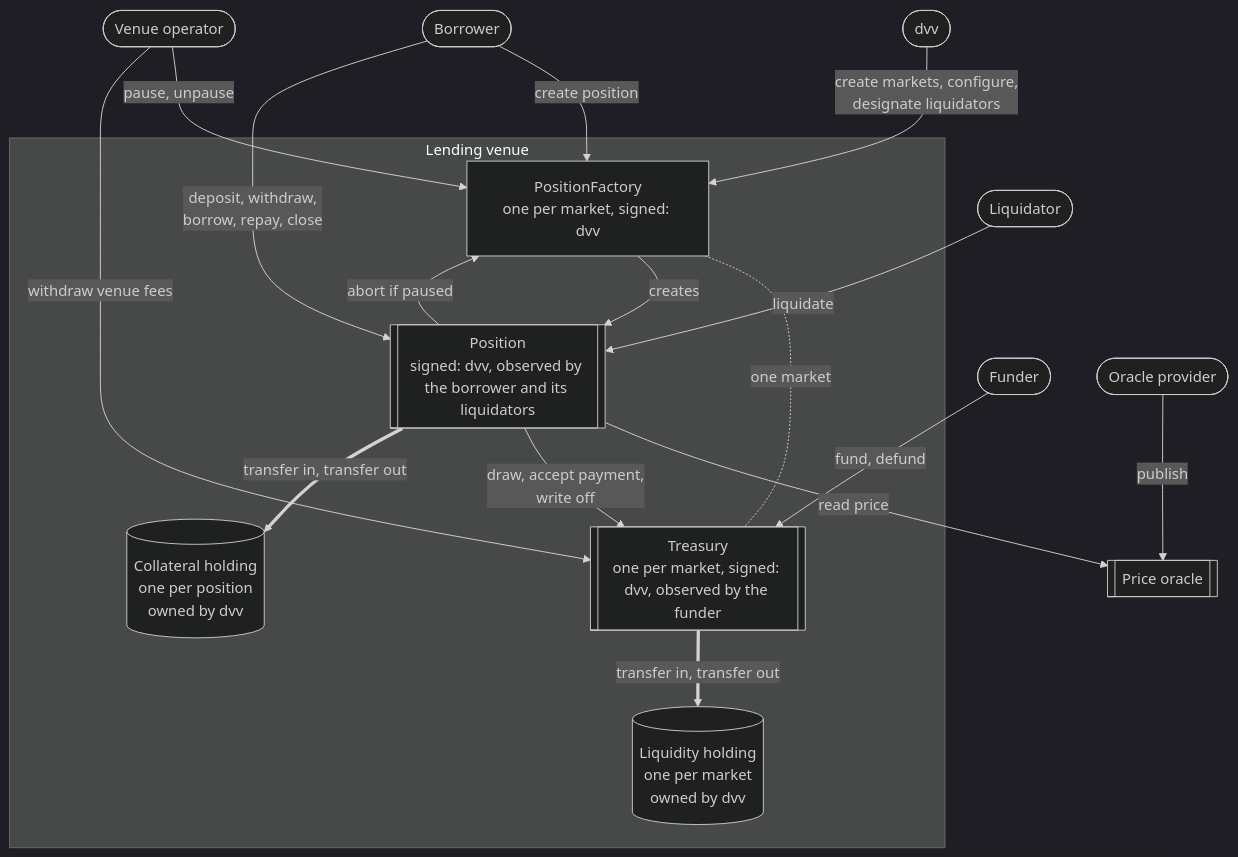
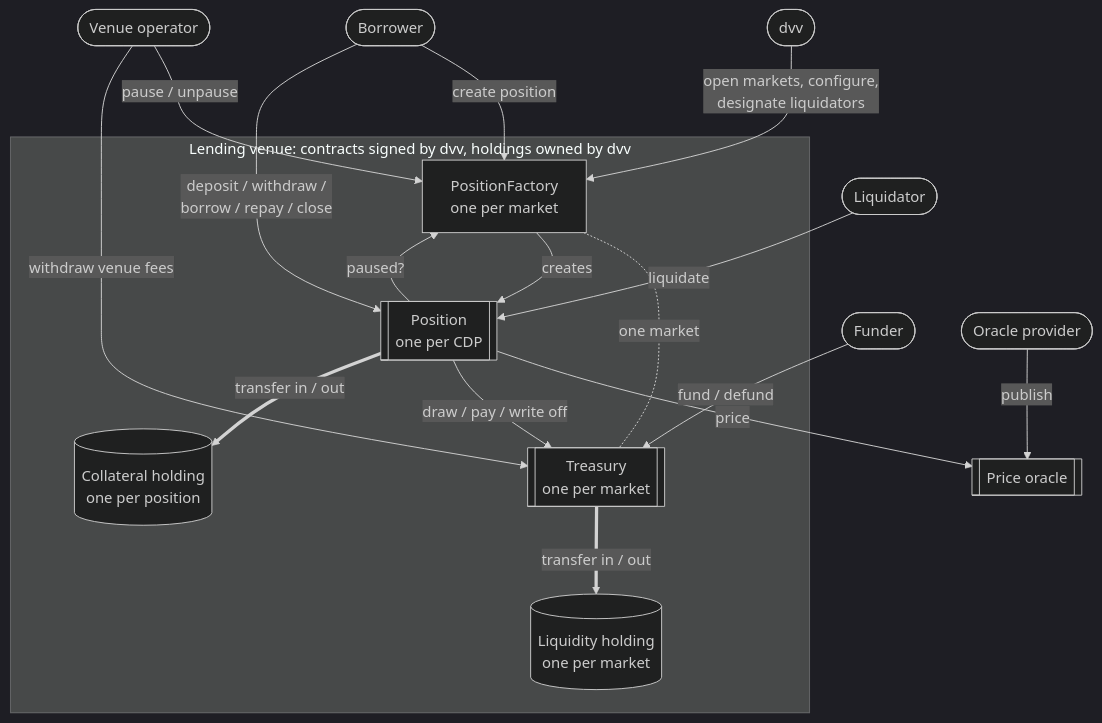
One commit to OpenZeppelin/canton-specs changed the first of 7 diagrams in docs/reference-architectures/lending.md. Above: the diagram before and after it, drawn with Mermaid (dark theme). The commit also changed other lines of this file, not shown here.

Commit message:
Removed the experimental packages. Clarified the diagrams. Corrected public oracle names dvv as observer.

````diff
--- a/docs/reference-architectures/lending.md
+++ b/docs/reference-architectures/lending.md
@@ -92,35 +92,35 @@
 ```mermaid
 flowchart TB
     Consortium([dvv])
     Operator([Venue operator])
     Funder([Funder])
     Borrower([Borrower])
     Liquidator([Liquidator])
     Provider([Oracle provider])
 
-    subgraph Target["Lending venue"]
-        Factory["PositionFactory<br/>one per market, signed: dvv"]
-        Position[["Position<br/>signed: dvv, observed by the borrower and its liquidators"]]
-        Treasury[["Treasury<br/>one per market, signed: dvv, observed by the funder"]]
-        Collateral[("Collateral holding<br/>one per position<br/>owned by dvv")]
-        Liquidity[("Liquidity holding<br/>one per market<br/>owned by dvv")]
+    subgraph Target["Lending venue: contracts signed by dvv, holdings owned by dvv"]
+        Factory["PositionFactory<br/>one per market"]
+        Position[["Position<br/>one per CDP"]]
+        Treasury[["Treasury<br/>one per market"]]
+        Collateral[("Collateral holding<br/>one per position")]
+        Liquidity[("Liquidity holding<br/>one per market")]
     end
 
     Oracle[["Price oracle"]]
 
-    Consortium -->|"create markets, configure,<br/>designate liquidators"| Factory
+    Consortium -->|"open markets, configure,<br/>designate liquidators"| Factory
     Factory -.-|"one market"| Treasury
-    Operator -->|"pause, unpause"| Factory
+    Operator -->|"pause / unpause"| Factory
     Operator -->|"withdraw venue fees"| Treasury
-    Funder -->|"fund, defund"| Treasury
+    Funder -->|"fund / defund"| Treasury
     Borrower -->|"create position"| Factory
     Factory -->|"creates"| Position
-    Borrower -->|"deposit, withdraw,<br/>borrow, repay, close"| Position
+    Borrower -->|"deposit / withdraw /<br/>borrow / repay / close"| Position
     Liquidator -->|"liquidate"| Position
     Provider -->|"publish"| Oracle
-    Position -->|"abort if paused"| Factory
-    Position -->|"read price"| Oracle
-    Position -->|"draw, accept payment,<br/>write off"| Treasury
-    Position ==>|"transfer in, transfer out"| Collateral
-    Treasury ==>|"transfer in, transfer out"| Liquidity
+    Position -->|"paused?"| Factory
+    Position -->|"price"| Oracle
+    Position -->|"draw / pay / write off"| Treasury
+    Position ==>|"transfer in / out"| Collateral
+    Treasury ==>|"transfer in / out"| Liquidity
 ```
````
